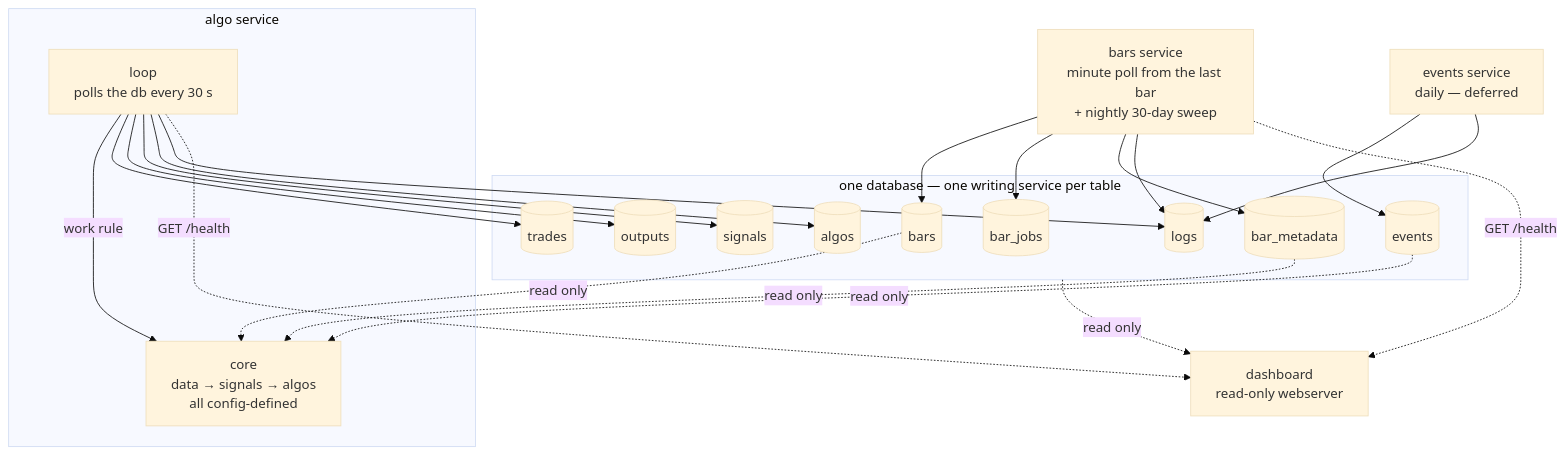
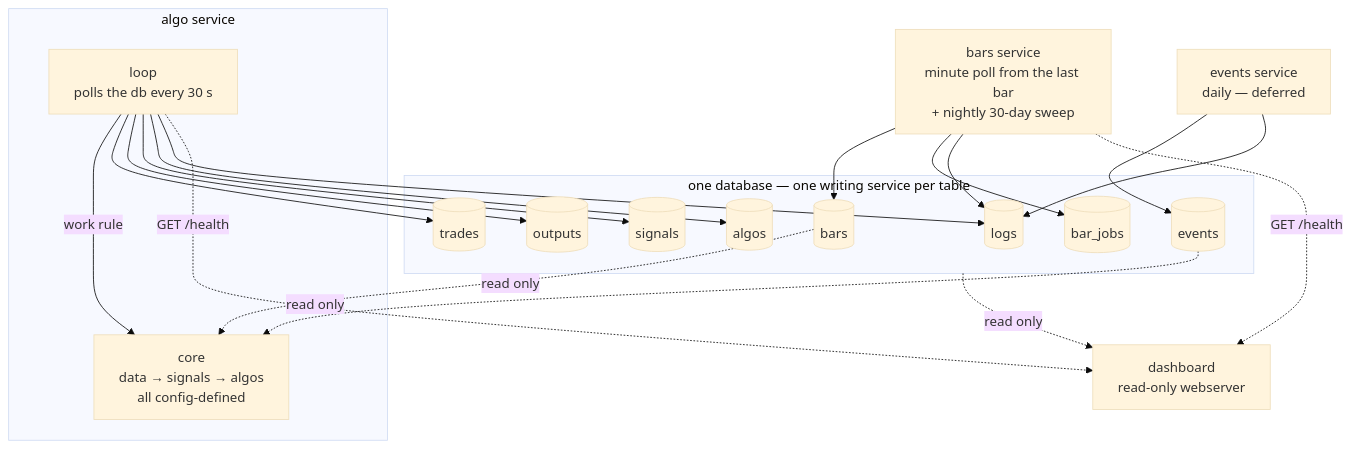
Before and after one commit to dongurihouse/trader: the diagram in design.md, drawn with Mermaid (base theme). The commit also changed other lines of this file and 25 other files, not shown here.

````diff
--- a/design.md
+++ b/design.md
@@ -397,38 +365,35 @@
 ```mermaid
 flowchart TB
     BARS[bars service<br/>minute poll from the last bar<br/>+ nightly 30-day sweep]
     EVENTS[events service<br/>daily — deferred]
 
     BARS --> BT[(bars)]
     BARS --> BJ[(bar_jobs)]
-    BARS --> BM[(bar_metadata)]
     EVENTS --> ET[(events)]
 
     subgraph DB [one database — one writing service per table]
         BT
         BJ
-        BM
         ET
         TR[(trades)]
         OUT[(outputs)]
         SIG[(signals)]
         ALG[(algos)]
         LG[(logs)]
     end
 
     subgraph ALGO [algo service]
         LOOP[loop<br/>polls the db every 30 s] -- work rule --> CORE[core<br/>data → signals → algos<br/>all config-defined]
     end
 
     BT -. read only .-> CORE
-    BM -. read only .-> CORE
     ET -. read only .-> CORE
     LOOP --> TR
     LOOP --> OUT
     LOOP --> SIG
     LOOP --> ALG
     BARS & EVENTS & LOOP --> LG
     DB -. read only .-> DASH[dashboard<br/>read-only webserver]
     BARS -. GET /health .-> DASH
     LOOP -. GET /health .-> DASH
 ```
````
